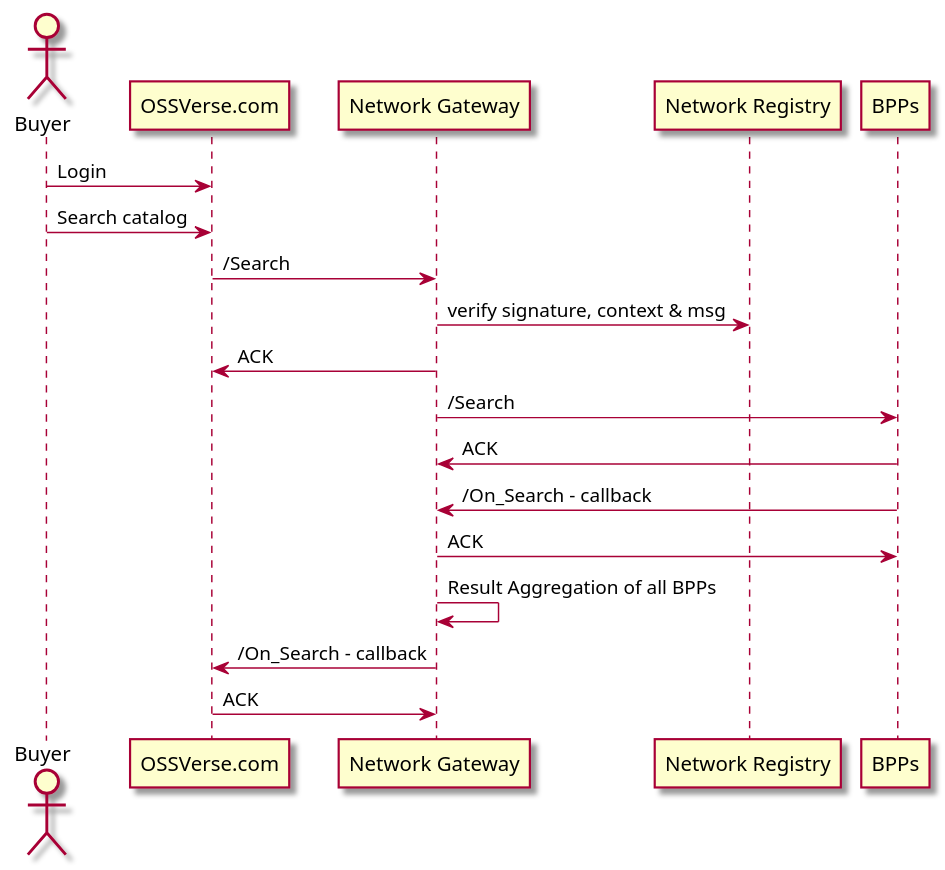
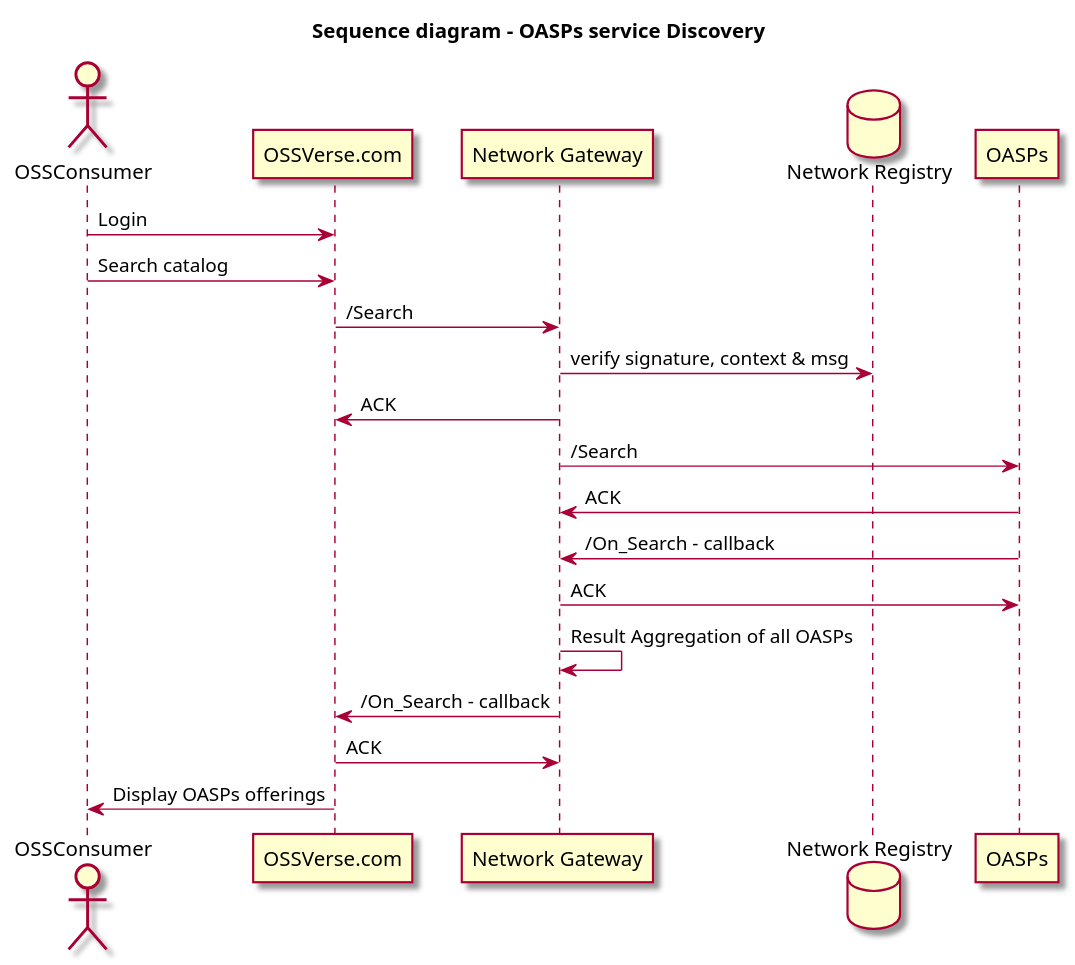
The diagram in docs/puml/SequenceDiagram_Search_Catalog.puml (OSSVerse/OSSVerse), drawn with PlantUML before and after one commit.

Commit message:
sequence diagram - Search catalog - updated

```diff
--- a/docs/puml/SequenceDiagram_Search_Catalog.puml
+++ b/docs/puml/SequenceDiagram_Search_Catalog.puml
@@ -1,21 +1,27 @@
 @startuml
 
 skin rose
 
-actor Buyer as Buyer
+title "Sequence diagram - OASPs service Discovery"
+
+actor "OSSConsumer" as Buyer
+
 
 Buyer -> OSSVerse.com: Login
 Buyer -> OSSVerse.com: Search catalog
 OSSVerse.com -> "Network Gateway": /Search
+database "Network Registry"
 "Network Gateway" -> "Network Registry": verify signature, context & msg
 "Network Gateway" -> OSSVerse.com: ACK
 
-"Network Gateway" -> BPPs: /Search
-BPPs -> "Network Gateway": ACK
-BPPs -> "Network Gateway": /On_Search - callback
-"Network Gateway" -> BPPs: ACK
-"Network Gateway" -> "Network Gateway": Result Aggregation of all BPPs
+"Network Gateway" -> OASPs: /Search
+OASPs -> "Network Gateway": ACK
+OASPs -> "Network Gateway": /On_Search - callback
+"Network Gateway" -> OASPs: ACK
+"Network Gateway" -> "Network Gateway": Result Aggregation of all OASPs
 "Network Gateway" -> OSSVerse.com: /On_Search - callback
 OSSVerse.com -> "Network Gateway": ACK
 
+OSSVerse.com -> Buyer: Display OASPs offerings
+
 @enduml
```
